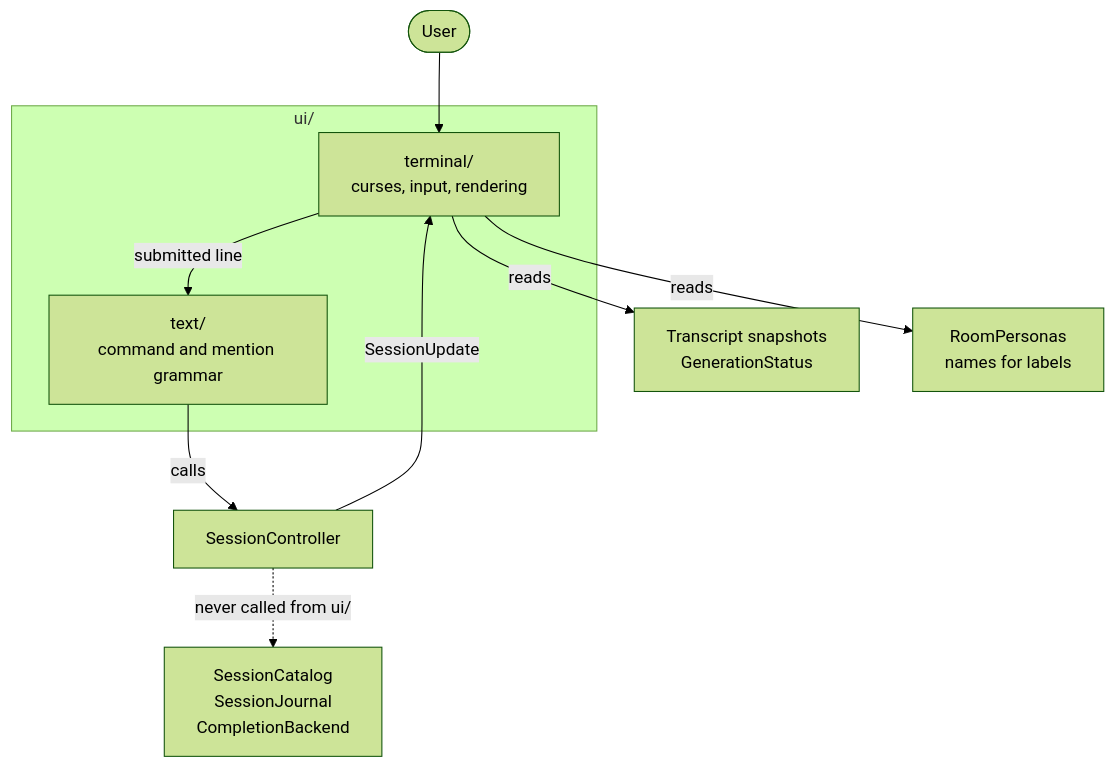
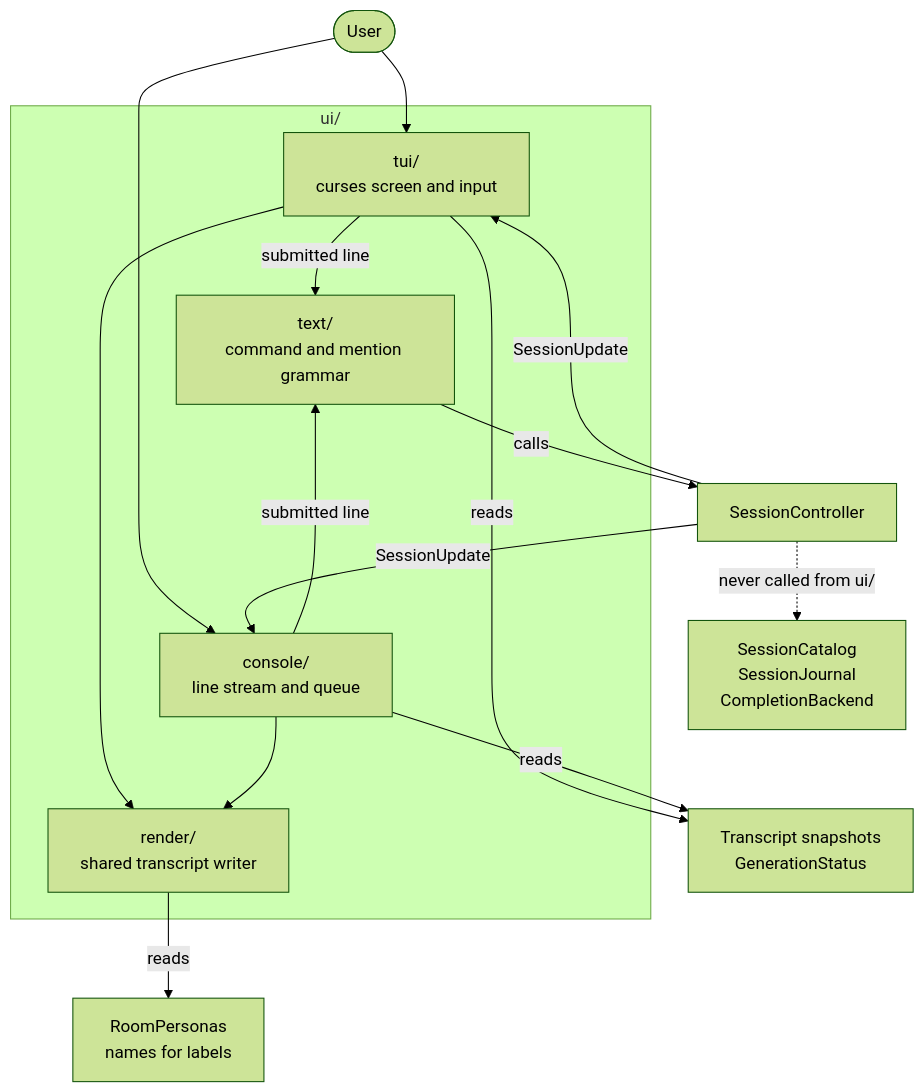
One commit to michaelpopov/cha changed the diagram in src/ui/README.md. Above: the diagram before and after it, drawn with Mermaid (forest theme). The commit also changed other lines of this file and 9 other files, not shown here.

````diff
--- a/src/ui/README.md
+++ b/src/ui/README.md
@@ -24,16 +27,24 @@
 ```mermaid
 flowchart TD
     subgraph ui["ui/"]
-        term["terminal/<br/>curses, input, rendering"]
+        tui["tui/<br/>curses screen and input"]
+        console["console/<br/>line stream and queue"]
+        render["render/<br/>shared transcript writer"]
         txt["text/<br/>command and mention grammar"]
     end
 
-    user(["User"]) --> term
-    term -->|"submitted line"| txt
+    user(["User"]) --> tui
+    user --> console
+    tui --> render
+    console --> render
+    tui -->|"submitted line"| txt
+    console -->|"submitted line"| txt
     txt -->|"calls"| controller["SessionController"]
-    controller -->|"SessionUpdate"| term
-    term -->|"reads"| convo["Transcript snapshots<br/>GenerationStatus"]
-    term -->|"reads"| personas["RoomPersonas<br/>names for labels"]
+    controller -->|"SessionUpdate"| tui
+    controller -->|"SessionUpdate"| console
+    tui -->|"reads"| convo["Transcript snapshots<br/>GenerationStatus"]
+    console -->|"reads"| convo
+    render -->|"reads"| personas["RoomPersonas<br/>names for labels"]
 
     controller -.->|"never called from ui/"| store["SessionCatalog<br/>SessionJournal<br/>CompletionBackend"]
 ```
````
